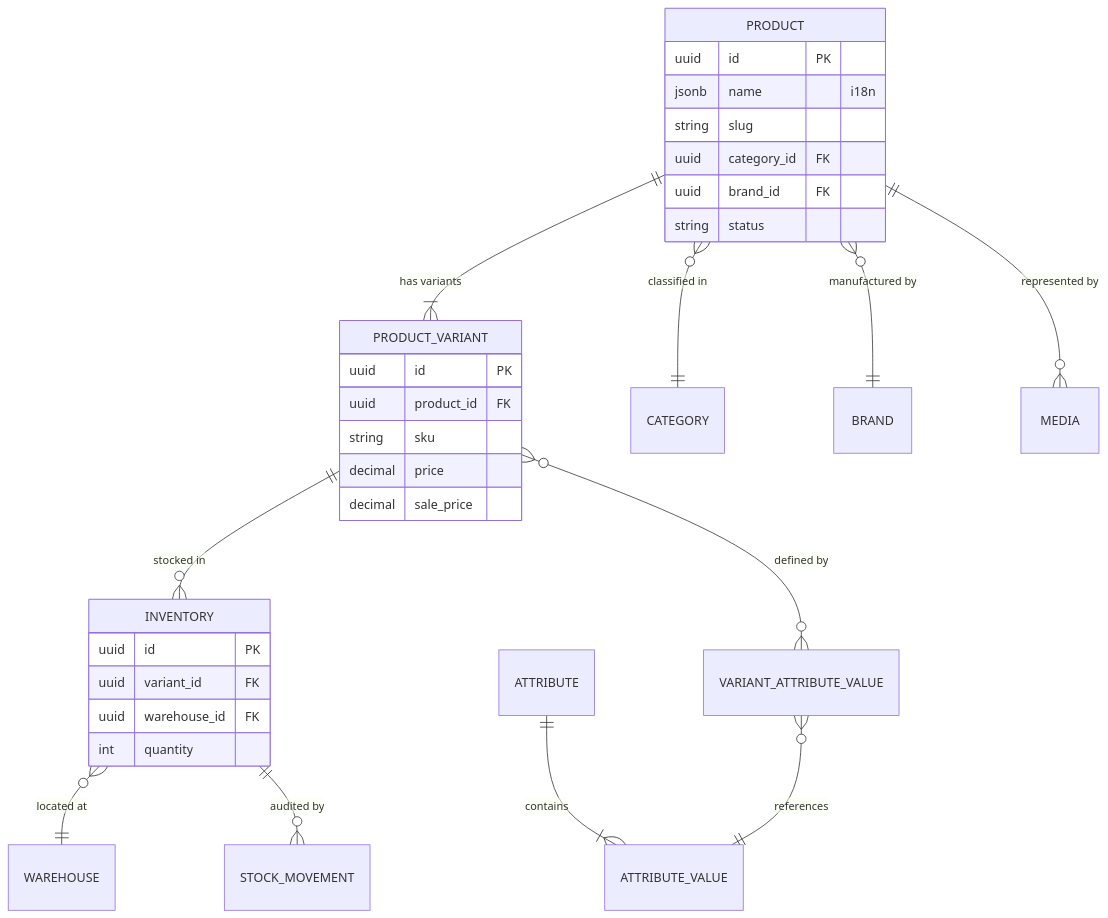
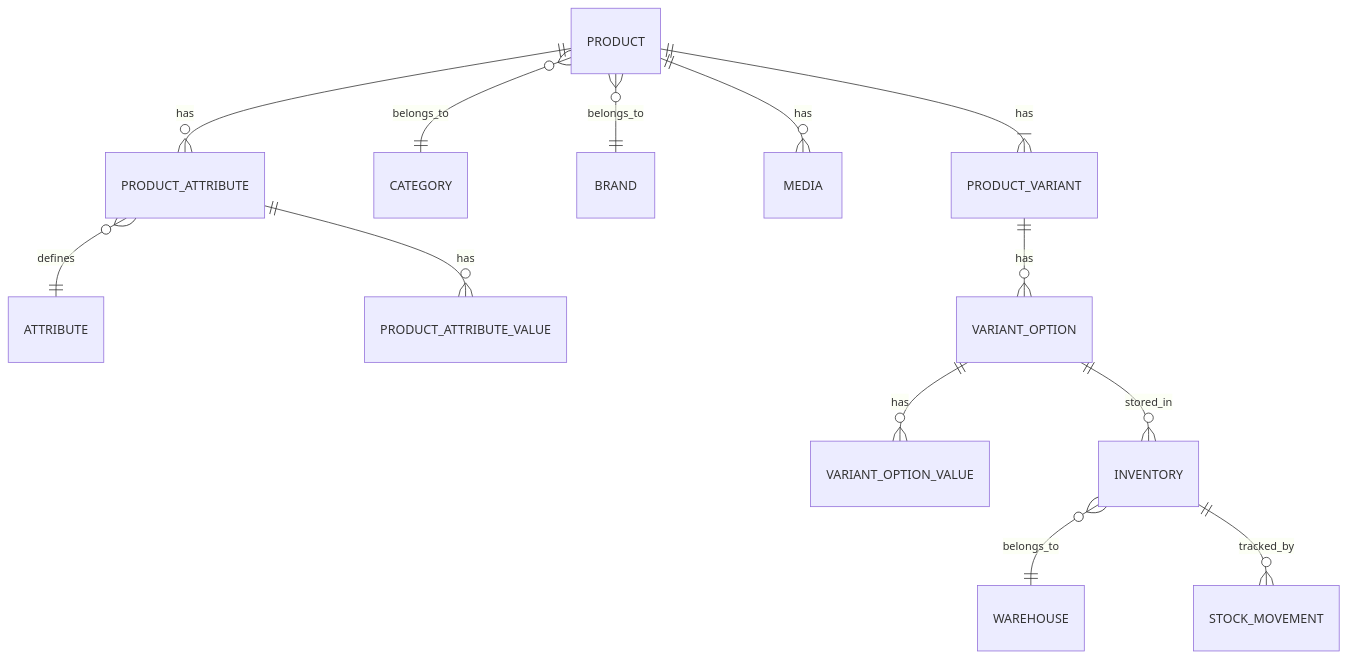
Before and after one commit to xuankin/XuanKin_Product_GoLang: the second of 2 diagrams in README.md, drawn with Mermaid. The commit also changed other lines of this file and 5 other files, not shown here.

````diff
--- a/README.md
+++ b/README.md
@@ -99,41 +154,18 @@
 ```mermaid
 erDiagram
-    PRODUCT ||--|{ PRODUCT_VARIANT : "has variants"
-    PRODUCT }o--|| CATEGORY : "classified in"
-    PRODUCT }o--|| BRAND : "manufactured by"
-    PRODUCT ||--o{ MEDIA : "represented by"
+    PRODUCT ||--|{ PRODUCT_VARIANT : has
+    PRODUCT }o--|| CATEGORY : belongs_to
+    PRODUCT }o--|| BRAND : belongs_to
+    PRODUCT ||--o{ MEDIA : has
+    PRODUCT ||--o{ PRODUCT_ATTRIBUTE : has
 
-    PRODUCT_VARIANT ||--o{ INVENTORY : "stocked in"
-    PRODUCT_VARIANT }o--o{ VARIANT_ATTRIBUTE_VALUE : "defined by"
-    
-    INVENTORY }o--|| WAREHOUSE : "located at"
-    INVENTORY ||--o{ STOCK_MOVEMENT : "audited by"
+    PRODUCT_ATTRIBUTE }o--|| ATTRIBUTE : defines
+    PRODUCT_ATTRIBUTE ||--o{ PRODUCT_ATTRIBUTE_VALUE : has
 
-    ATTRIBUTE ||--|{ ATTRIBUTE_VALUE : "contains"
-    VARIANT_ATTRIBUTE_VALUE }o--|| ATTRIBUTE_VALUE : "references"
+    PRODUCT_VARIANT ||--o{ VARIANT_OPTION : has
+    VARIANT_OPTION ||--o{ VARIANT_OPTION_VALUE : has
 
-    PRODUCT {
-        uuid id PK
-        jsonb name "i18n"
-        string slug
-        uuid category_id FK
-        uuid brand_id FK
-        string status
-    }
-
-    PRODUCT_VARIANT {
-        uuid id PK
-        uuid product_id FK
-        string sku
-        decimal price
-        decimal sale_price
-    }
-
-    INVENTORY {
-        uuid id PK
-        uuid variant_id FK
-        uuid warehouse_id FK
-        int quantity
-    }
-
+    VARIANT_OPTION ||--o{ INVENTORY : stored_in
+    INVENTORY }o--|| WAREHOUSE : belongs_to
+    INVENTORY ||--o{ STOCK_MOVEMENT : tracked_by
 ```
````
